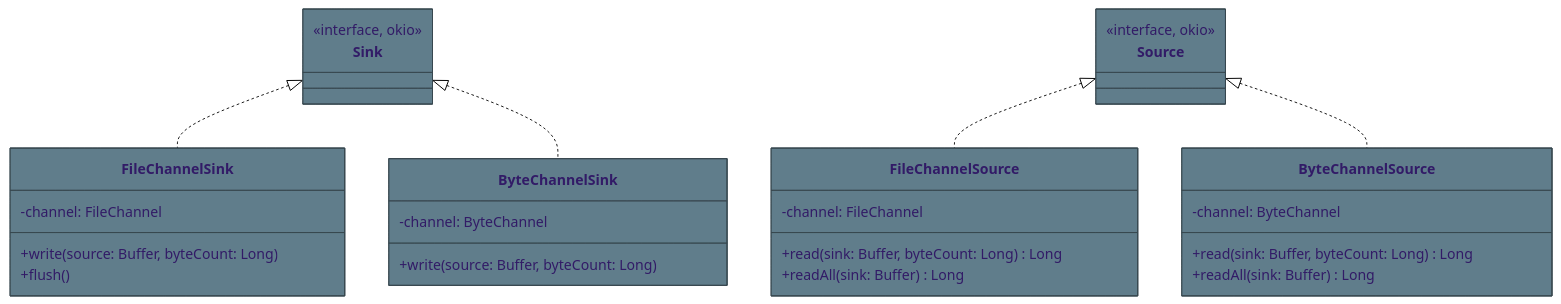
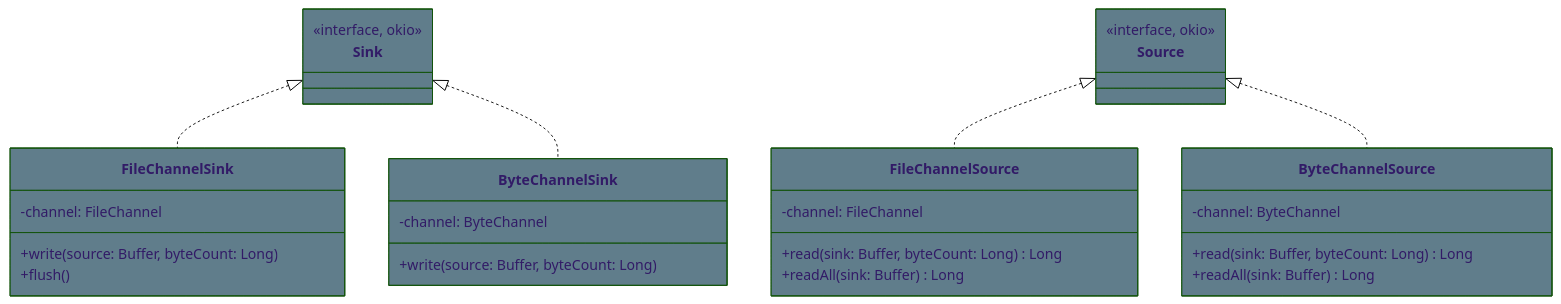
Before and after one commit to bluetape4k/bluetape4k-projects: the second of 9 diagrams in io/okio/README.md, drawn with Mermaid (forest theme). The commit also changed other lines of this file and 94 other files, not shown here.

First line of the commit message:
docs: Mermaid classDef에서 stroke:#색상 제거 (파서 오류 수정)

````diff
--- a/io/okio/README.md
+++ b/io/okio/README.md
@@ -366,40 +366,40 @@
 ```mermaid
 classDiagram
     class Sink:::ioStyle {
         <<interface, okio>>
     }
     class Source:::ioStyle {
         <<interface, okio>>
     }
 
     class FileChannelSink:::ioStyle {
         -channel: FileChannel
         +write(source: Buffer, byteCount: Long)
         +flush()
     }
 
     class FileChannelSource:::ioStyle {
         -channel: FileChannel
         +read(sink: Buffer, byteCount: Long) Long
         +readAll(sink: Buffer) Long
     }
 
     class ByteChannelSink:::ioStyle {
         -channel: ByteChannel
         +write(source: Buffer, byteCount: Long)
     }
 
     class ByteChannelSource:::ioStyle {
         -channel: ByteChannel
         +read(sink: Buffer, byteCount: Long) Long
         +readAll(sink: Buffer) Long
     }
 
     Sink <|.. FileChannelSink
     Sink <|.. ByteChannelSink
     Source <|.. FileChannelSource
     Source <|.. ByteChannelSource
 
-    classDef ioStyle fill:#607D8B,stroke:#37474F
-    classDef codecStyle fill:#2196F3,stroke:#1565C0
+    classDef ioStyle fill:#607D8B
+    classDef codecStyle fill:#2196F3
 ```
````
